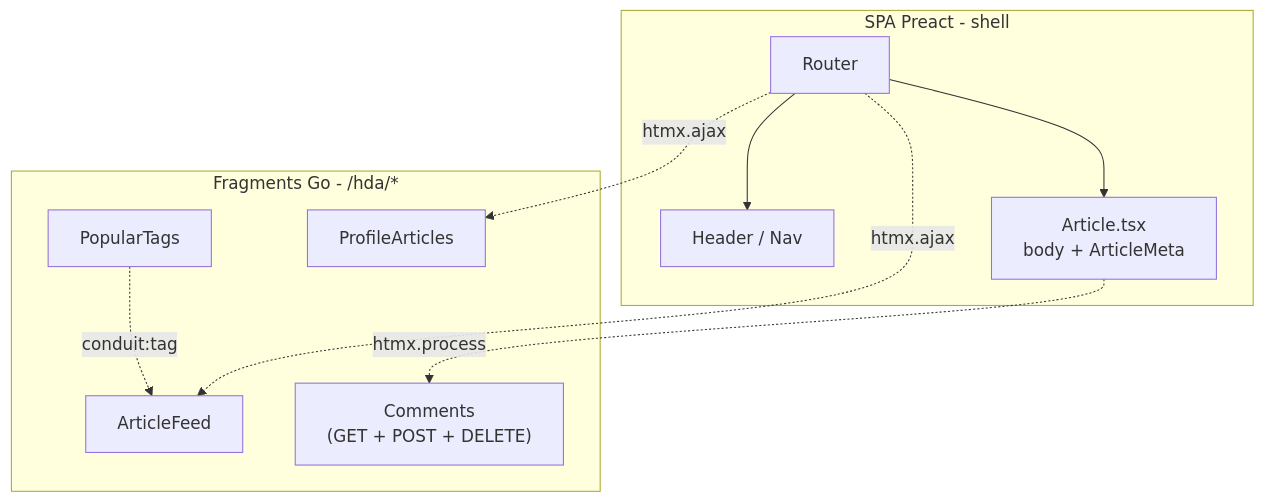
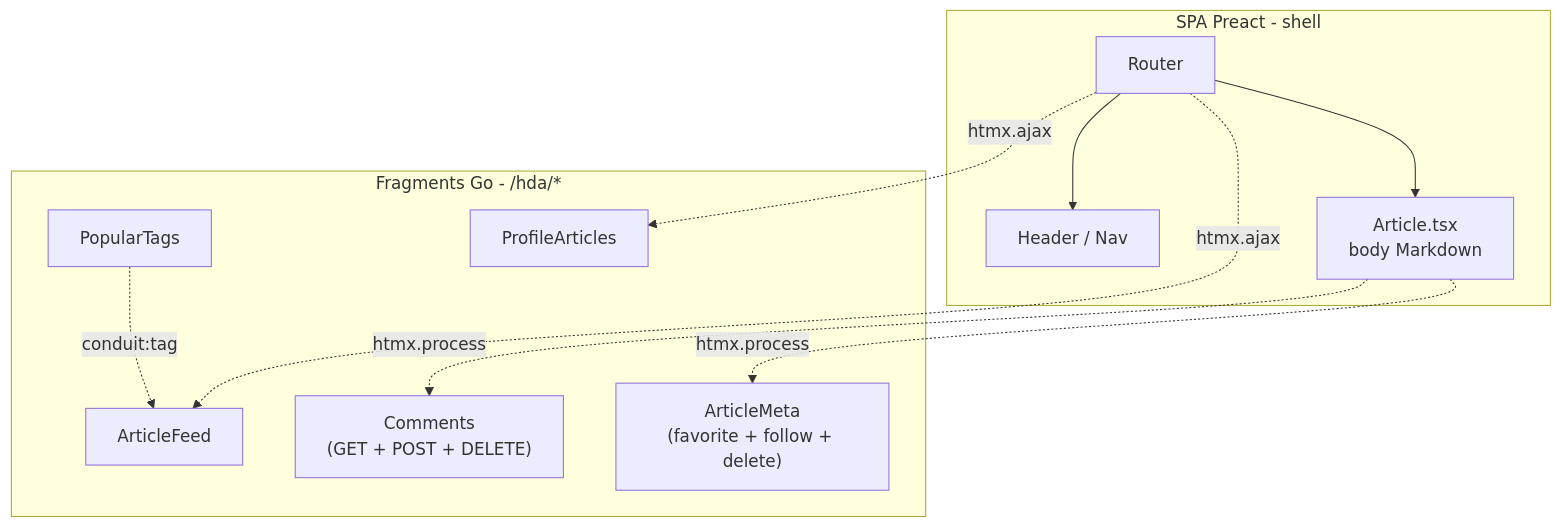
The sixth of 6 diagrams in presentation/slides/30-migration.md (StephaneTrebel/htmx-de-maniere-simplix), drawn with Mermaid before and after one commit. The commit also changed other lines of this file and 3 other files, not shown here.

````diff
--- a/presentation/slides/30-migration.md
+++ b/presentation/slides/30-migration.md
@@ -365,20 +458,22 @@
 ```mermaid
 graph TD
     subgraph spa["SPA Preact - shell"]
         R["Router"]
         H["Header / Nav"]
-        A["Article.tsx<br/>body + ArticleMeta"]
+        A["Article.tsx<br/>body Markdown"]
     end
     subgraph go["Fragments Go - /hda/*"]
         T["PopularTags"]
         F["ArticleFeed"]
         P["ProfileArticles"]
         C["Comments<br/>(GET + POST + DELETE)"]
+        M["ArticleMeta<br/>(favorite + follow + delete)"]
     end
     R --> H
     R --> A
     A -.->|htmx.process| C
+    A -.->|htmx.process| M
     R -.->|htmx.ajax| F
     R -.->|htmx.ajax| P
     T -.->|conduit:tag| F
 ```
````
